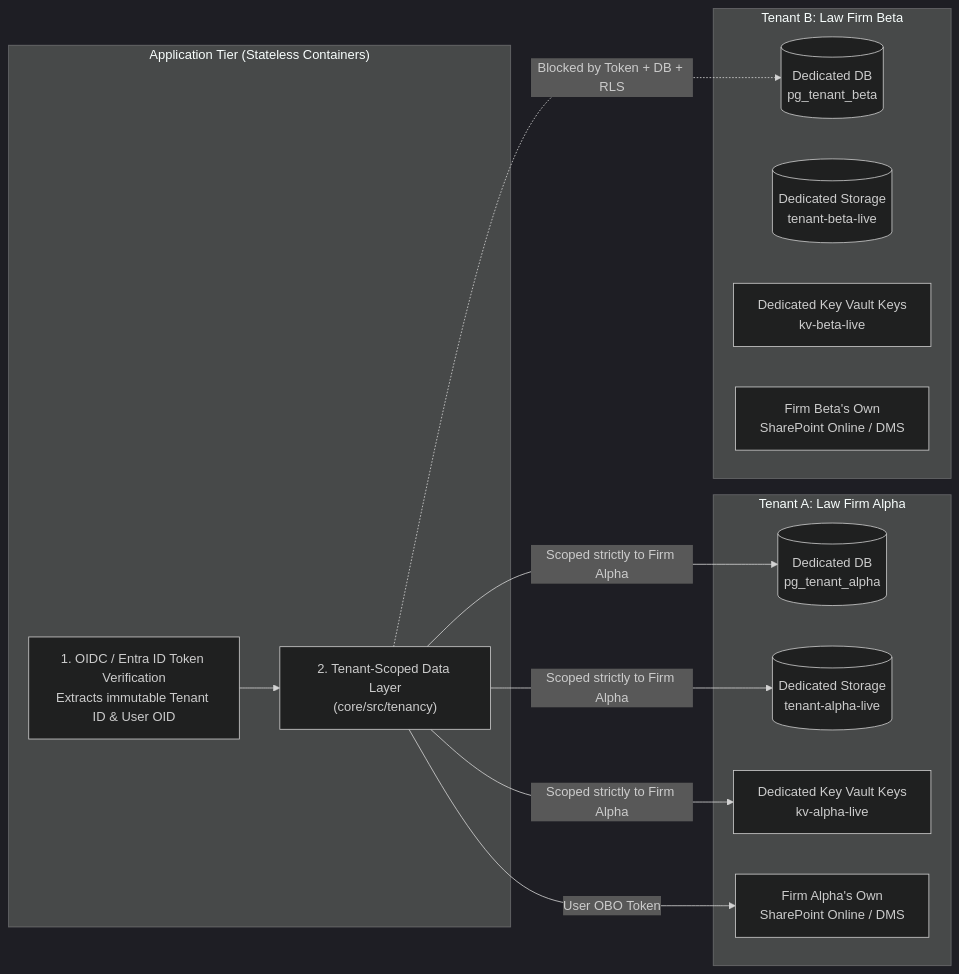
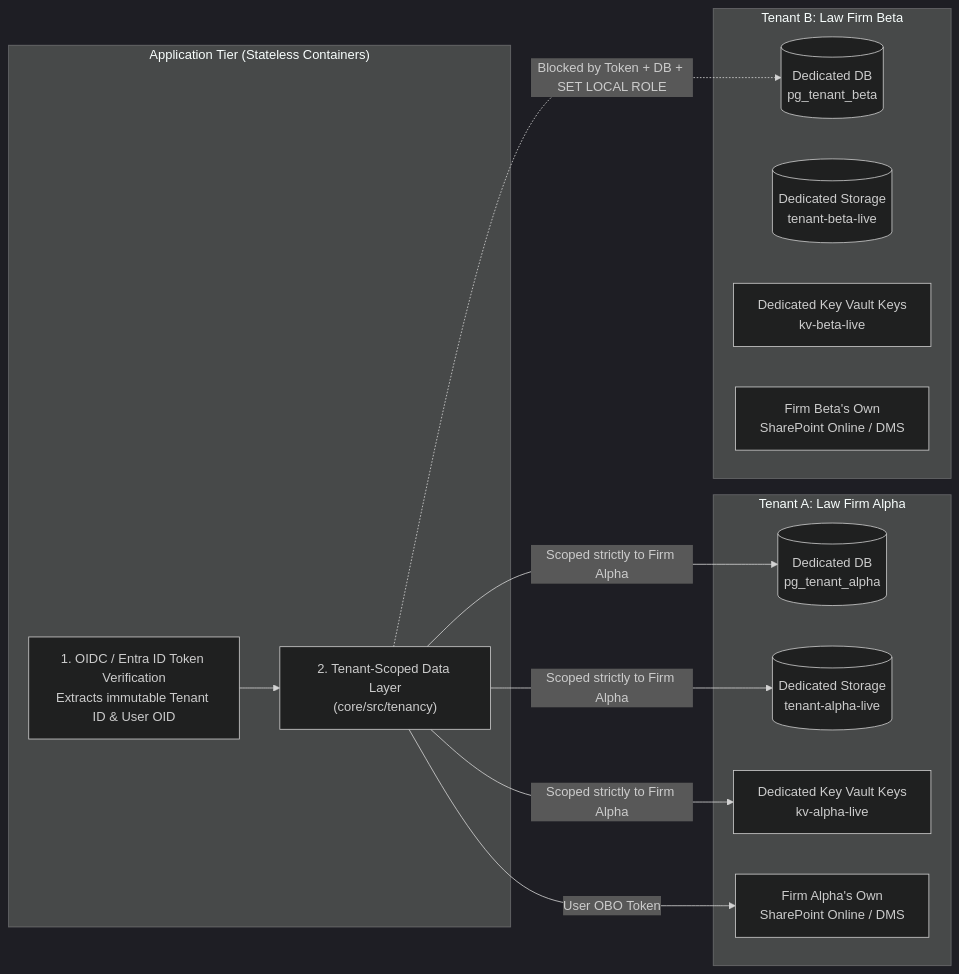
Before and after one commit to Jon1Squared/1SquaredApp: the second of 3 diagrams in docs/deployment-and-security-architecture-guide.md, drawn with Mermaid (dark theme). The commit also changed other lines of this file and 8 other files, not shown here.

````diff
--- a/docs/deployment-and-security-architecture-guide.md
+++ b/docs/deployment-and-security-architecture-guide.md
@@ -56,29 +56,29 @@
 ```mermaid
 flowchart LR
   subgraph Compute["Application Tier (Stateless Containers)"]
     Auth["1. OIDC / Entra ID Token Verification<br/>Extracts immutable Tenant ID & User OID"]
     Guard["2. Tenant-Scoped Data Layer<br/>(core/src/tenancy)"]
   end
 
   subgraph FirmA["Tenant A: Law Firm Alpha"]
     DBA[("Dedicated DB<br/>pg_tenant_alpha")]
     BlobA[("Dedicated Storage<br/>tenant-alpha-live")]
     KVA["Dedicated Key Vault Keys<br/>kv-alpha-live"]
     SPA["Firm Alpha's Own<br/>SharePoint Online / DMS"]
   end
 
   subgraph FirmB["Tenant B: Law Firm Beta"]
     DBB[("Dedicated DB<br/>pg_tenant_beta")]
     BlobB[("Dedicated Storage<br/>tenant-beta-live")]
     KVB["Dedicated Key Vault Keys<br/>kv-beta-live"]
     SPB["Firm Beta's Own<br/>SharePoint Online / DMS"]
   end
 
   Auth --> Guard
   Guard -->|"Scoped strictly to Firm Alpha"| DBA
   Guard -->|"Scoped strictly to Firm Alpha"| BlobA
   Guard -->|"Scoped strictly to Firm Alpha"| KVA
   Guard -->|"User OBO Token"| SPA
 
-  Guard -.->|"Blocked by Token + DB + RLS"| DBB
+  Guard -.->|"Blocked by Token + DB + SET LOCAL ROLE"| DBB
 ```
````
